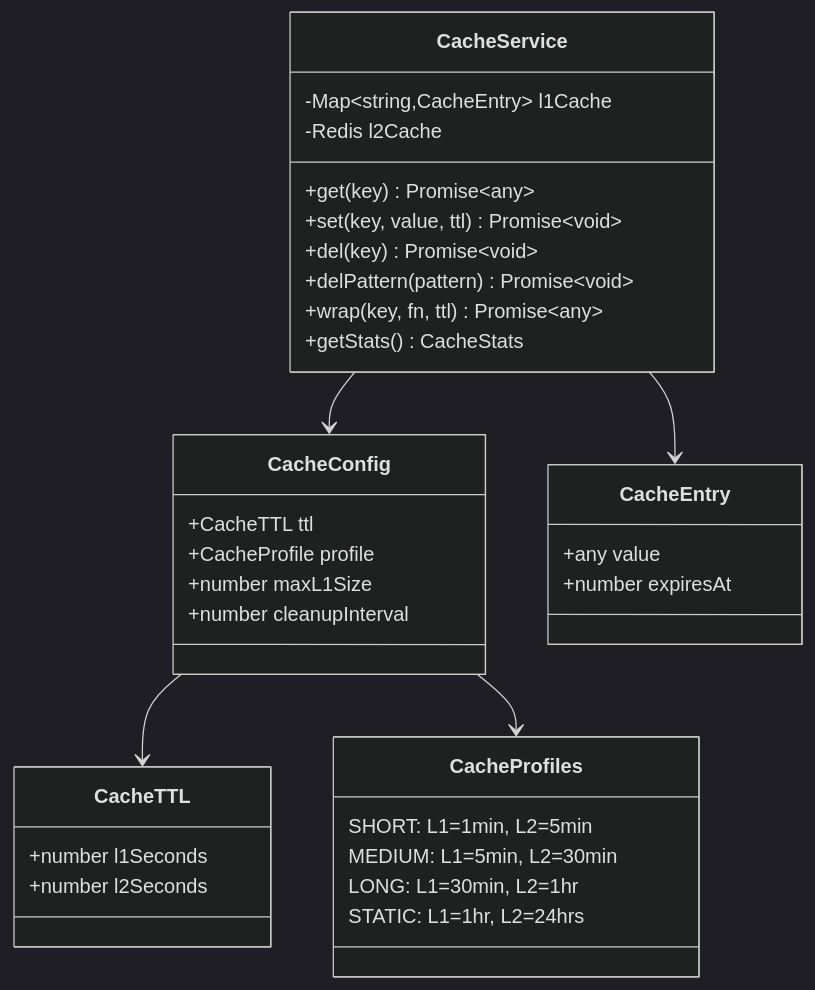
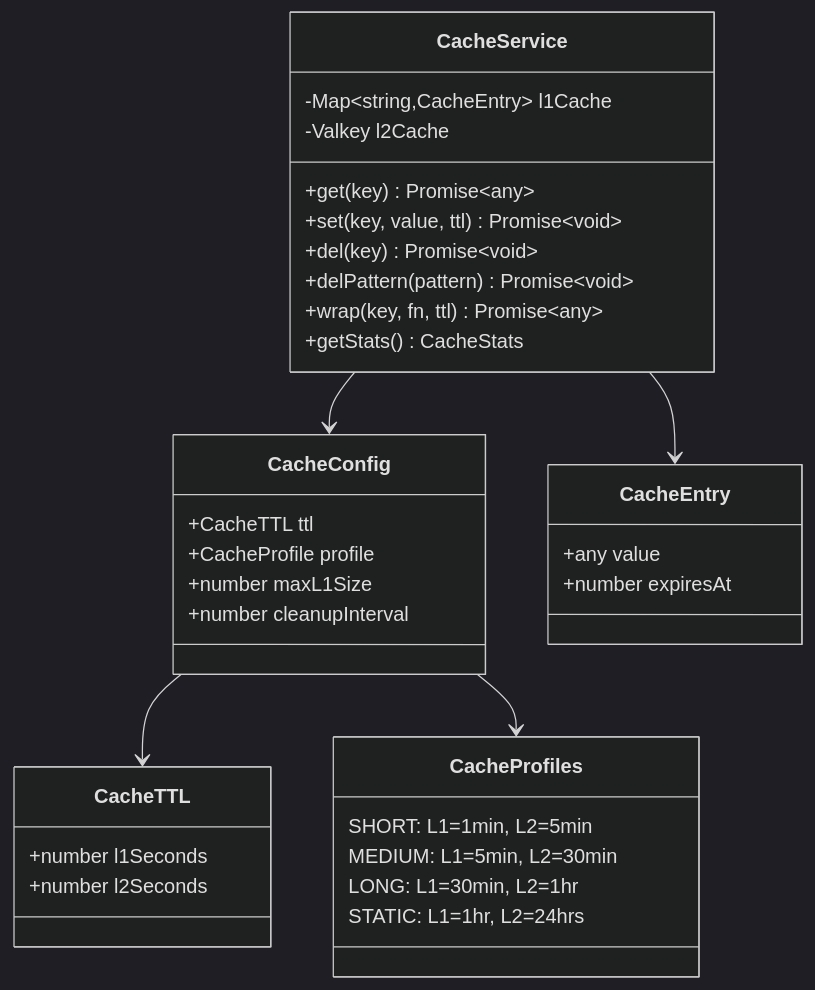
Before and after one commit to telemetryflow/telemetryflow-overview: the third of 54 diagrams in architecture/05-PERFORMANCE.md, drawn with Mermaid (dark theme). The commit also changed other lines of this file and 23 other files, not shown here.

First line of the commit message:
docs: relabel Redis->Valkey in architecture/diagrams/prose (follow-up sweep)

````diff
--- a/architecture/05-PERFORMANCE.md
+++ b/architecture/05-PERFORMANCE.md
@@ -136,42 +136,42 @@
 ```mermaid
 classDiagram
     class CacheConfig {
         +CacheTTL ttl
         +CacheProfile profile
         +number maxL1Size
         +number cleanupInterval
     }
 
     class CacheTTL {
         +number l1Seconds
         +number l2Seconds
     }
 
     class CacheProfiles {
         SHORT: L1=1min, L2=5min
         MEDIUM: L1=5min, L2=30min
         LONG: L1=30min, L2=1hr
         STATIC: L1=1hr, L2=24hrs
     }
 
     class CacheService {
         -Map~string,CacheEntry~ l1Cache
-        -Redis l2Cache
+        -Valkey l2Cache
         +get(key) Promise~any~
         +set(key, value, ttl) Promise~void~
         +del(key) Promise~void~
         +delPattern(pattern) Promise~void~
         +wrap(key, fn, ttl) Promise~any~
         +getStats() CacheStats
     }
 
     class CacheEntry {
         +any value
         +number expiresAt
     }
 
     CacheConfig --> CacheTTL
     CacheConfig --> CacheProfiles
     CacheService --> CacheConfig
     CacheService --> CacheEntry
 ```
````
